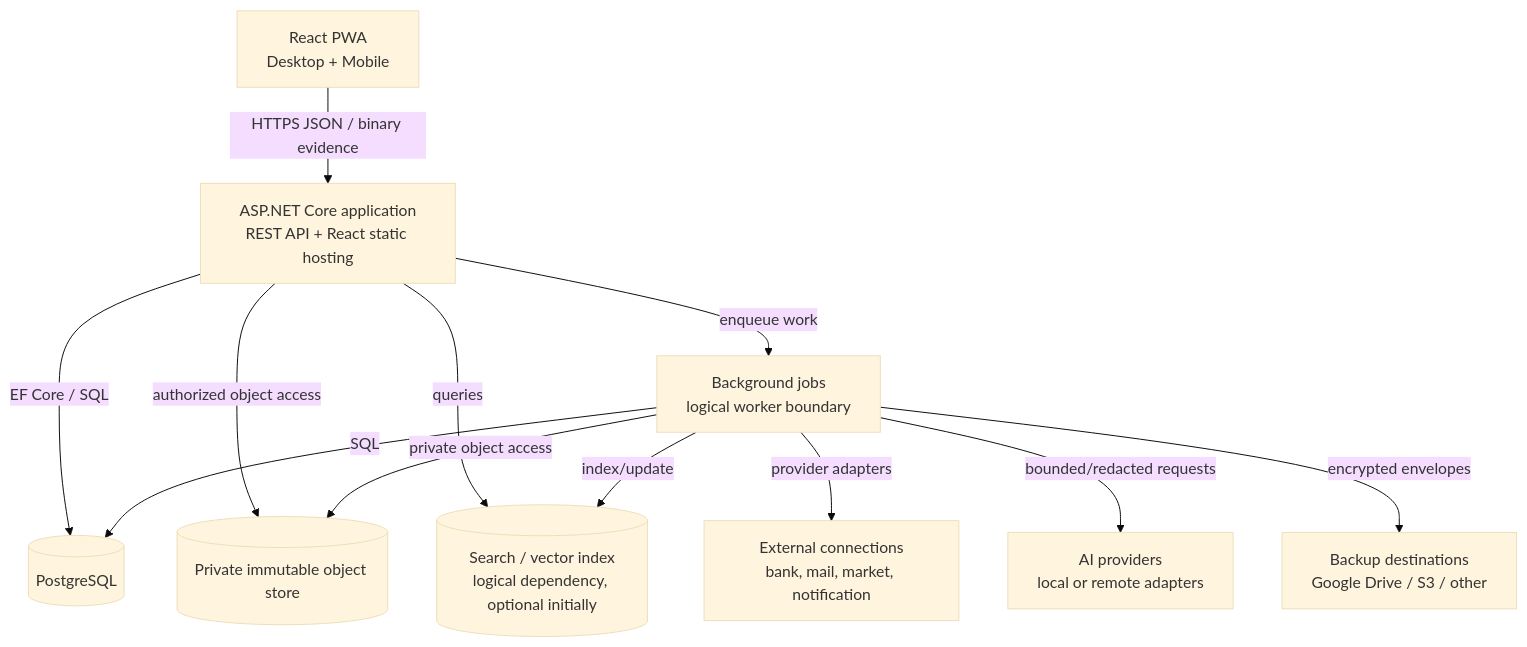
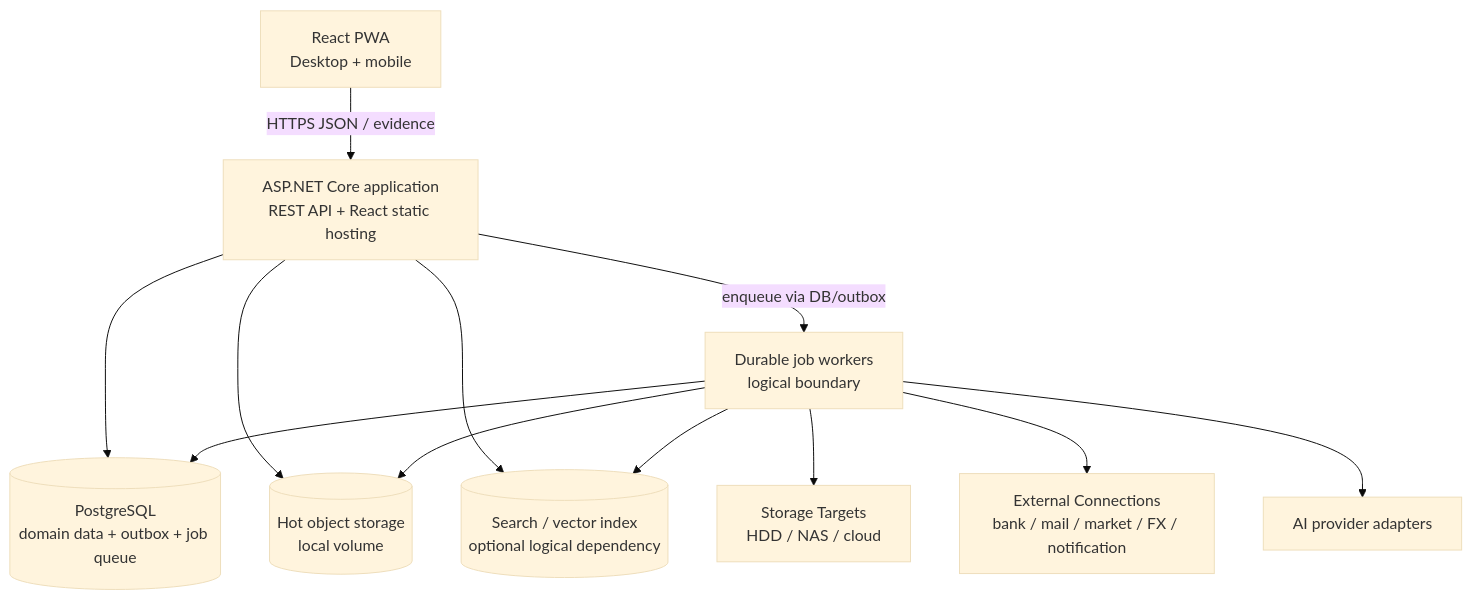
Before and after one commit to blac9216/Pryvance: the second of 9 diagrams in docs/explanation/architecture.md, drawn with Mermaid (base theme). The commit also changed other lines of this file and 6 other files, not shown here.

Commit message:
docs: integrate storage, jobs and persistence hardening

````diff
--- a/docs/explanation/architecture.md
+++ b/docs/explanation/architecture.md
@@ -38,24 +34,24 @@
 ```mermaid
 flowchart TB
-    Browser[React PWA\nDesktop + Mobile]
+    Browser[React PWA\nDesktop + mobile]
     App[ASP.NET Core application\nREST API + React static hosting]
-    Worker[Background jobs\nlogical worker boundary]
-    DB[(PostgreSQL)]
-    Files[(Private immutable object store)]
-    Search[(Search / vector index\nlogical dependency, optional initially)]
-    Ext[External connections\nbank, mail, market, notification]
-    AI[AI providers\nlocal or remote adapters]
-    Backup[Backup destinations\nGoogle Drive / S3 / other]
+    Worker[Durable job workers\nlogical boundary]
+    DB[(PostgreSQL\ndomain data + outbox + job queue)]
+    Hot[(Hot object storage\nlocal volume)]
+    Targets[Storage Targets\nHDD / NAS / cloud]
+    Search[(Search / vector index\noptional logical dependency)]
+    Ext[External Connections\nbank / mail / market / FX / notification]
+    AI[AI provider adapters]
 
-    Browser -->|HTTPS JSON / binary evidence| App
-    App -->|EF Core / SQL| DB
-    App -->|authorized object access| Files
-    App -->|queries| Search
-    App -->|enqueue work| Worker
-    Worker -->|SQL| DB
-    Worker -->|private object access| Files
-    Worker -->|provider adapters| Ext
-    Worker -->|bounded/redacted requests| AI
-    Worker -->|encrypted envelopes| Backup
-    Worker -->|index/update| Search
+    Browser -->|HTTPS JSON / evidence| App
+    App --> DB
+    App --> Hot
+    App --> Search
+    App -->|enqueue via DB/outbox| Worker
+    Worker --> DB
+    Worker --> Hot
+    Worker --> Targets
+    Worker --> Ext
+    Worker --> AI
+    Worker --> Search
 ```
````
